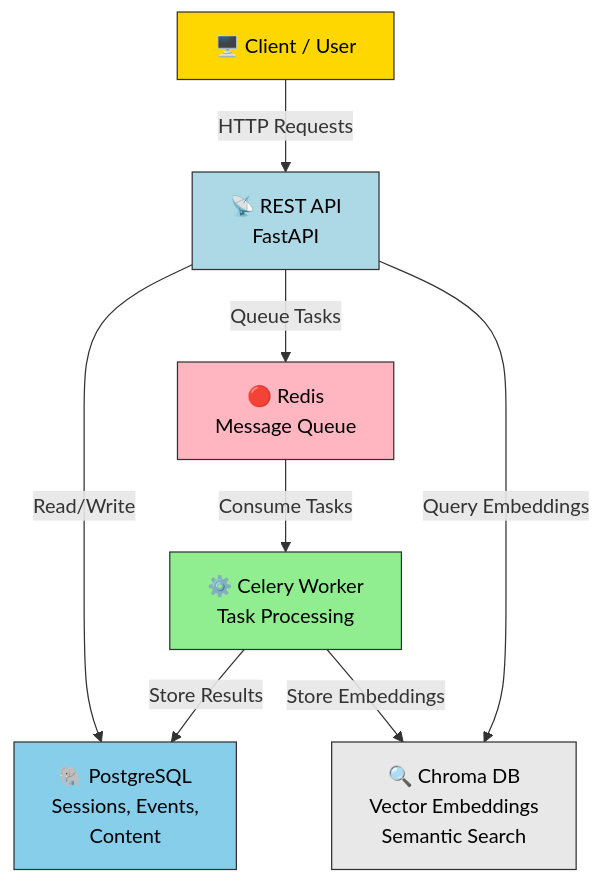
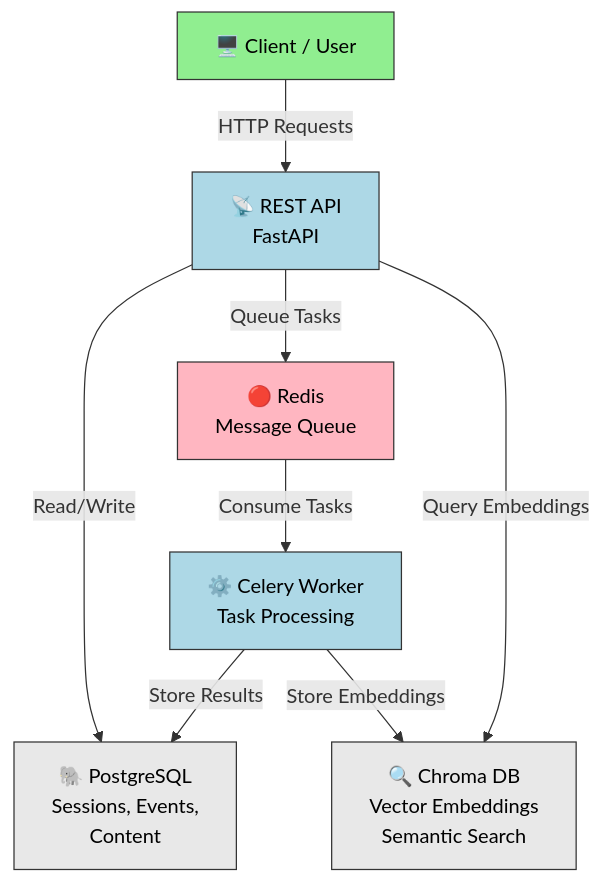
The diagram in README.md (ild-thl/summarAIzer), drawn with Mermaid before and after one commit.

Commit message:
fix: Update diagram colors in README for better visual clarity

````diff
--- a/README.md
+++ b/README.md
@@ -214,24 +214,24 @@
 ```mermaid
 graph TB
     Client["🖥️ Client / User"]
     API["📡 REST API<br/>FastAPI"]
     Redis["🔴 Redis<br/>Message Queue"]
     Worker["⚙️ Celery Worker<br/>Task Processing"]
     Postgres["🐘 PostgreSQL<br/>Sessions, Events,<br/>Content"]
     Chroma["🔍 Chroma DB<br/>Vector Embeddings<br/>Semantic Search"]
     
     Client -->|HTTP Requests| API
     API -->|Queue Tasks| Redis
     API -->|Read/Write| Postgres
     Redis -->|Consume Tasks| Worker
     Worker -->|Store Results| Postgres
     Worker -->|Store Embeddings| Chroma
     API -->|Query Embeddings| Chroma
     
     style API fill:#ADD8E6,stroke:#333,color:#000
     style Redis fill:#FFB6C1,stroke:#333,color:#000
-    style Worker fill:#90EE90,stroke:#333,color:#000
-    style Postgres fill:#87CEEB,stroke:#333,color:#000
+    style Worker fill:#ADD8E6,stroke:#333,color:#000
+    style Postgres fill:#E8E8E8,stroke:#333,color:#000
     style Chroma fill:#E8E8E8,stroke:#333,color:#000
-    style Client fill:#FFD700,stroke:#333,color:#000
+    style Client fill:#90EE90,stroke:#333,color:#000
 ```
````
